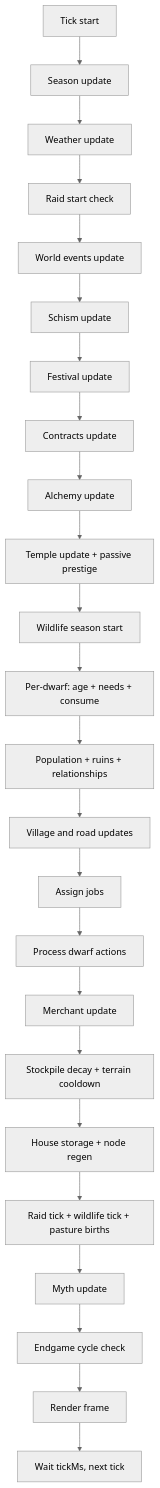
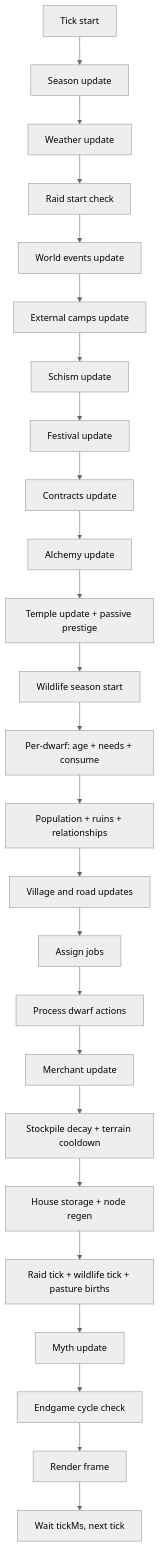
The diagram in MANUAL.md (Gladiak/nodeDwarves), drawn with Mermaid (neutral theme) before and after one commit. The commit also changed other lines of this file and 13 other files, not shown here.

````diff
--- a/MANUAL.md
+++ b/MANUAL.md
@@ -299,26 +300,27 @@
 ```mermaid
 flowchart TD
   A[Tick start] --> B[Season update]
   B --> C[Weather update]
   C --> D[Raid start check]
   D --> E[World events update]
-  E --> F[Schism update]
-  F --> G[Festival update]
-  G --> H[Contracts update]
-  H --> I[Alchemy update]
-  I --> J[Temple update + passive prestige]
-  J --> K[Wildlife season start]
-  K --> L[Per-dwarf: age + needs + consume]
-  L --> M[Population + ruins + relationships]
-  M --> N[Village and road updates]
-  N --> O[Assign jobs]
-  O --> P[Process dwarf actions]
-  P --> Q[Merchant update]
-  Q --> R[Stockpile decay + terrain cooldown]
-  R --> S[House storage + node regen]
-  S --> T[Raid tick + wildlife tick + pasture births]
-  T --> U[Myth update]
-  U --> V[Endgame cycle check]
-  V --> W[Render frame]
-  W --> X[Wait tickMs, next tick]
+  E --> F[External camps update]
+  F --> G[Schism update]
+  G --> H[Festival update]
+  H --> I[Contracts update]
+  I --> J[Alchemy update]
+  J --> K[Temple update + passive prestige]
+  K --> L[Wildlife season start]
+  L --> M[Per-dwarf: age + needs + consume]
+  M --> N[Population + ruins + relationships]
+  N --> O[Village and road updates]
+  O --> P[Assign jobs]
+  P --> Q[Process dwarf actions]
+  Q --> R[Merchant update]
+  R --> S[Stockpile decay + terrain cooldown]
+  S --> T[House storage + node regen]
+  T --> U[Raid tick + wildlife tick + pasture births]
+  U --> V[Myth update]
+  V --> W[Endgame cycle check]
+  W --> X[Render frame]
+  X --> Y[Wait tickMs, next tick]
 ```
````
